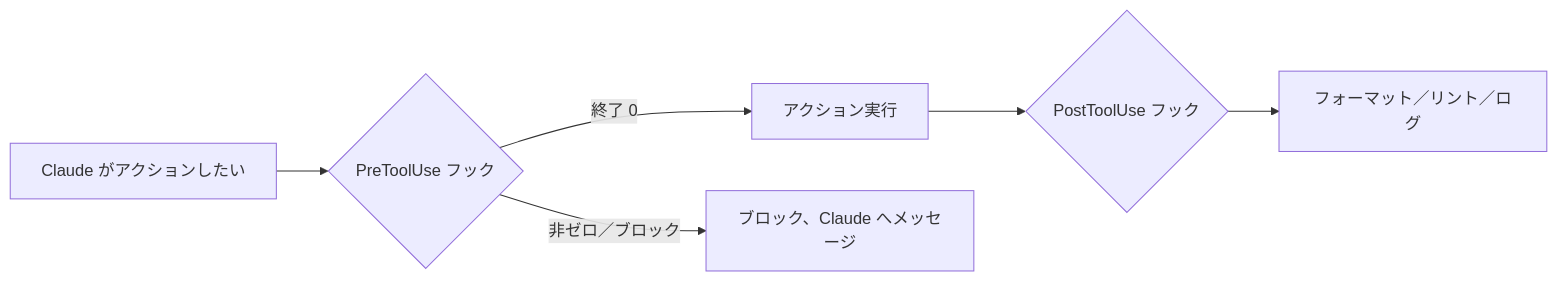
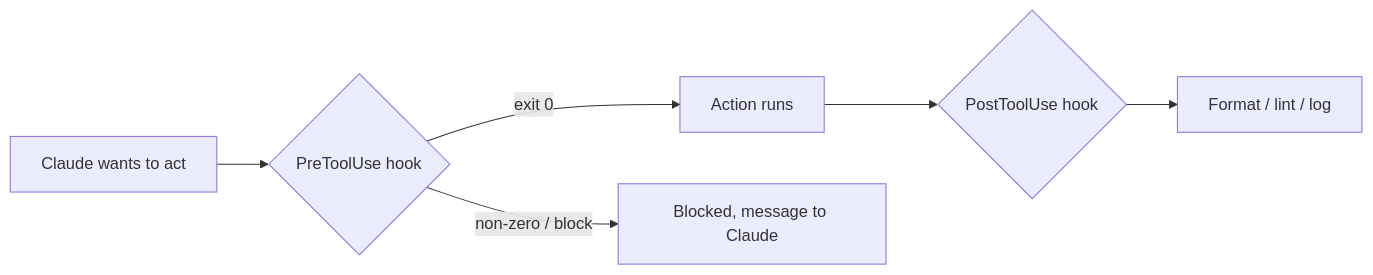
The diagram in i18n/ja/docusaurus-plugin-content-docs/current/claude-code/hooks.mdx (derob98/ailmanac), drawn with Mermaid before and after one commit. The commit also changed other lines of this file and 11 other files, not shown here.

````diff
--- a/i18n/ja/docusaurus-plugin-content-docs/current/claude-code/hooks.mdx
+++ b/i18n/ja/docusaurus-plugin-content-docs/current/claude-code/hooks.mdx
@@ -75,8 +110,8 @@
 ```mermaid
 flowchart LR
-  A[Claude がアクションしたい] --> B{PreToolUse フック}
-  B -->|終了 0| C[アクション実行]
-  B -->|非ゼロ／ブロック| X[ブロック、Claude へメッセージ]
-  C --> D{PostToolUse フック}
-  D --> E[フォーマット／リント／ログ]
+  A[Claude wants to act] --> B{PreToolUse hook}
+  B -->|exit 0| C[Action runs]
+  B -->|non-zero / block| X[Blocked, message to Claude]
+  C --> D{PostToolUse hook}
+  D --> E[Format / lint / log]
 ```
````
